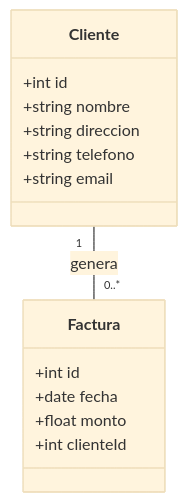
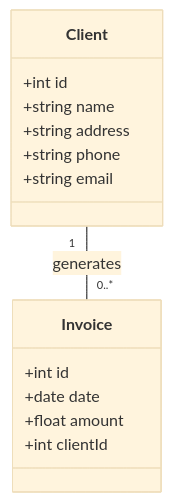
One commit to despiau/mermaid changed the ninth of 10 diagrams in README.md. Above: the diagram before and after it, drawn with Mermaid (base theme). The commit also changed other lines of this file, not shown here.

````diff
--- a/README.md
+++ b/README.md
@@ -137,17 +137,17 @@
 ```mermaid
 classDiagram
-    class Cliente {
+    class Client {
       +int id
-      +string nombre
-      +string direccion
-      +string telefono
+      +string name
+      +string address
+      +string phone
       +string email
     }
-    class Factura {
+    class Invoice {
       +int id
-      +date fecha
-      +float monto
-      +int clienteId
+      +date date
+      +float amount
+      +int clientId
     }
-    Cliente "1" -- "0..*" Factura: genera
+    Client "1" -- "0..*" Invoice: generates
 ```
````
